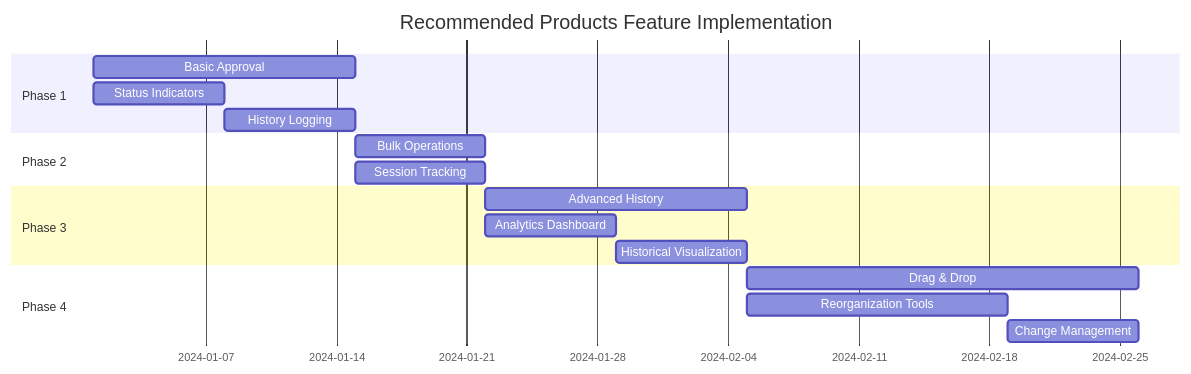
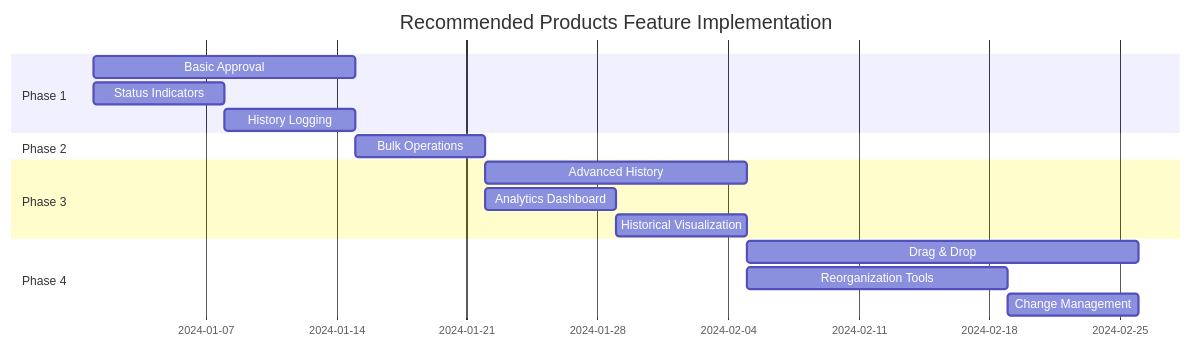
One commit to azen-alex/streamlit changed the fourth of 6 diagrams in RECOMMENDED_PRODUCTS_PLAN.md. Above: the diagram before and after it, drawn with Mermaid. The commit also changed other lines of this file and 1 other file, not shown here.

````diff
--- a/RECOMMENDED_PRODUCTS_PLAN.md
+++ b/RECOMMENDED_PRODUCTS_PLAN.md
@@ -343,20 +314,19 @@
 ```mermaid
 gantt
     title Recommended Products Feature Implementation
     dateFormat  YYYY-MM-DD
     section Phase 1
     Basic Approval           :p1, 2024-01-01, 2w
     Status Indicators        :p1a, 2024-01-01, 1w
     History Logging          :p1b, 2024-01-08, 1w
     section Phase 2
     Bulk Operations          :p2, after p1, 1w
-    Session Tracking         :p2a, after p1, 1w
     section Phase 3
     Advanced History         :p3, after p2, 2w
     Analytics Dashboard      :p3a, after p2, 1w
     Historical Visualization :p3b, after p3a, 1w
     section Phase 4
     Drag & Drop              :p4, after p3, 3w
     Reorganization Tools     :p4a, after p3, 2w
     Change Management        :p4b, after p4a, 1w
 ```
````
